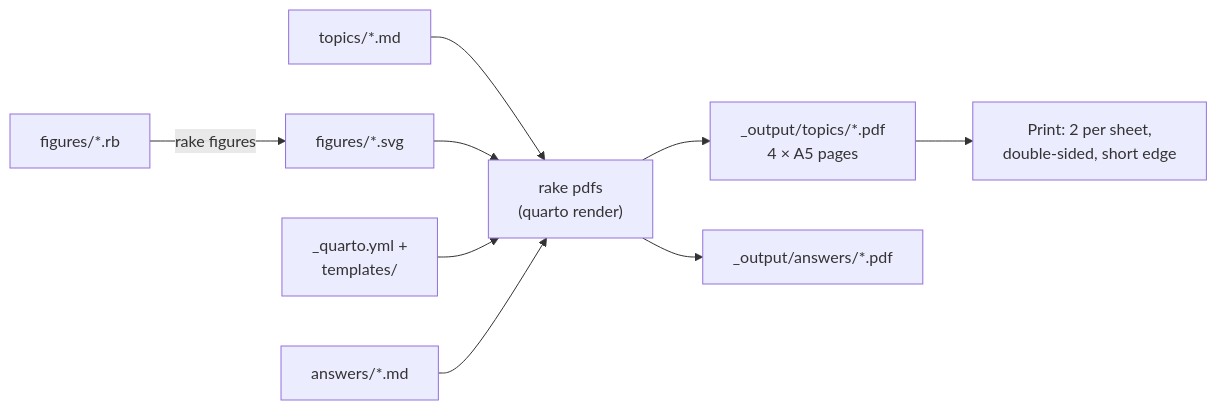
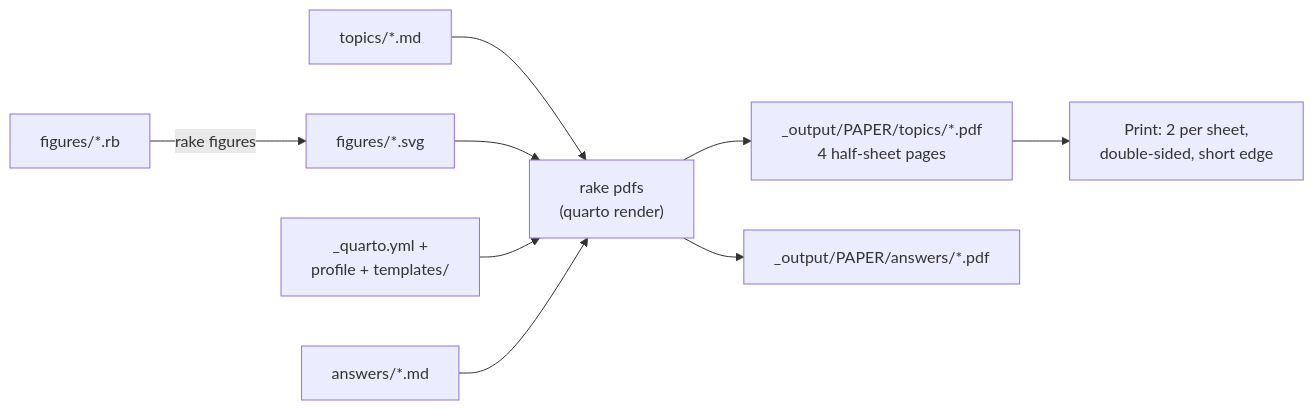
The diagram in README.md (nogginly/mathsicles), drawn with Mermaid before and after one commit. The commit also changed other lines of this file and 4 other files, not shown here.

Commit message:
Default to Letter paper; add A4 as a build profile

````diff
--- a/README.md
+++ b/README.md
@@ -73,11 +75,11 @@
 ```mermaid
 flowchart LR
     S["figures/*.rb"] -->|"rake figures"| V["figures/*.svg"]
     A["topics/*.md"] --> B["rake pdfs<br/>(quarto render)"]
     V --> B
-    C["_quarto.yml +<br/>templates/"] --> B
+    C["_quarto.yml +<br/>profile + templates/"] --> B
     F["answers/*.md"] --> B
-    B --> D["_output/topics/*.pdf<br/>4 × A5 pages"]
-    B --> G["_output/answers/*.pdf"]
+    B --> D["_output/PAPER/topics/*.pdf<br/>4 half-sheet pages"]
+    B --> G["_output/PAPER/answers/*.pdf"]
     D --> E["Print: 2 per sheet,<br/>double-sided, short edge"]
 ```
````
